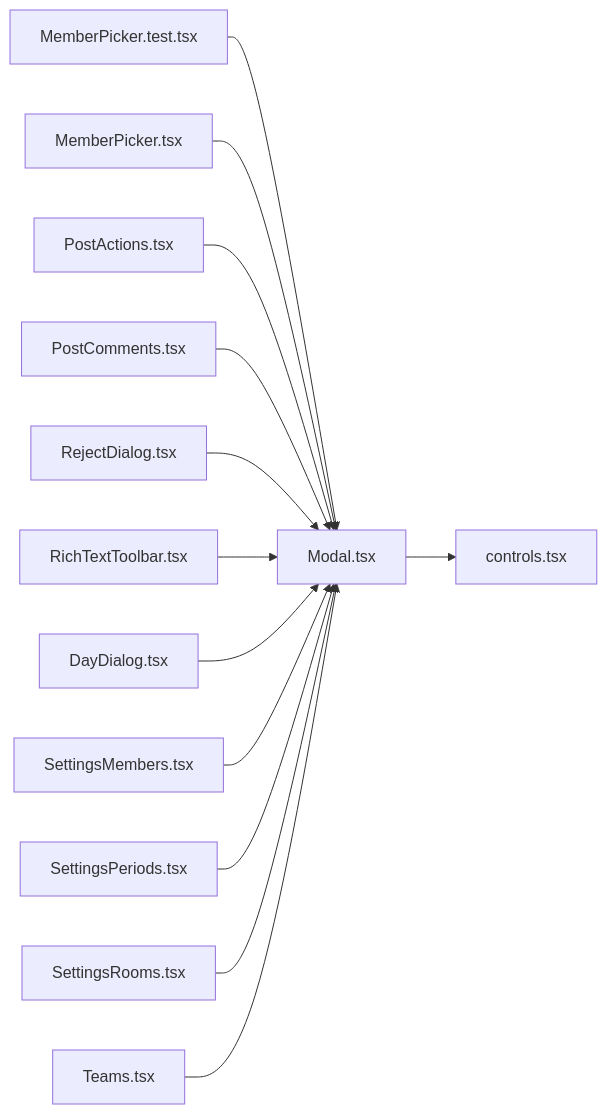
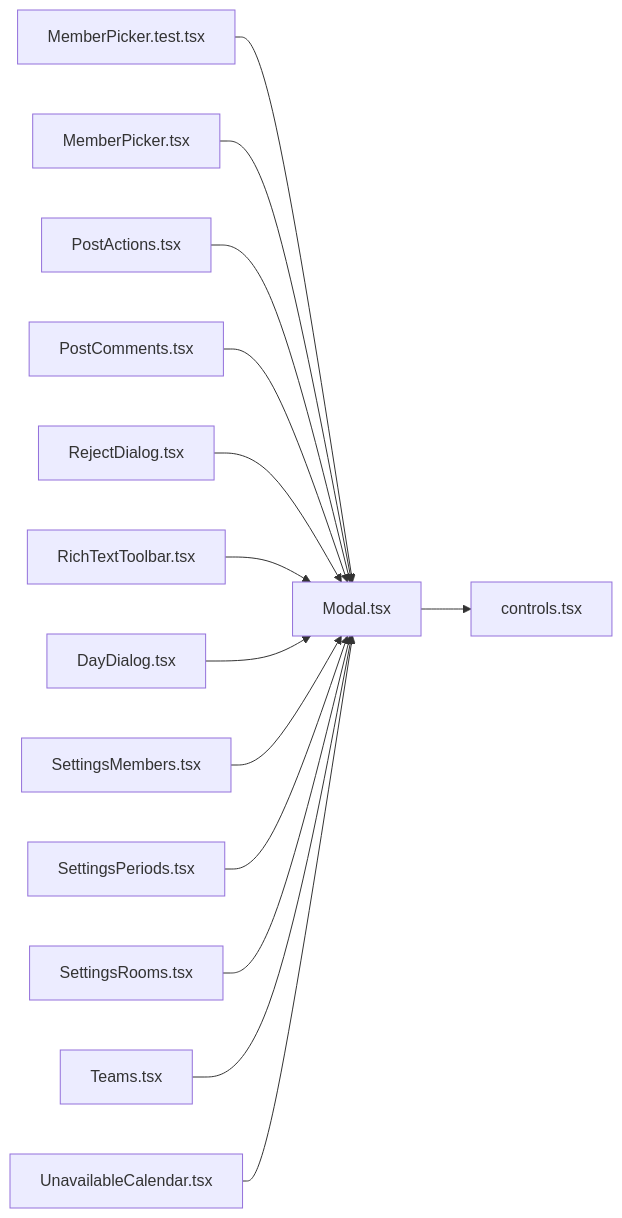
The diagram in .cluedoc/graph/frontend/src/components/Modal.md (minkong-dev/Banblit), drawn with Mermaid before and after one commit. The commit also changed other lines of this file and 45 other files, not shown here.

First line of the commit message:
frontend: show unavailable times as a member calendar and a team heatmap

````diff
--- a/.cluedoc/graph/frontend/src/components/Modal.md
+++ b/.cluedoc/graph/frontend/src/components/Modal.md
@@ -10,16 +10,17 @@
 ```mermaid
 flowchart LR
   frontend_src_components_Modal["Modal.tsx"]
   frontend_src_components_Modal --> frontend_src_components_controls["controls.tsx"]
   frontend_src_components_MemberPicker_test["MemberPicker.test.tsx"] --> frontend_src_components_Modal
   frontend_src_components_MemberPicker["MemberPicker.tsx"] --> frontend_src_components_Modal
   frontend_src_components_PostActions["PostActions.tsx"] --> frontend_src_components_Modal
   frontend_src_components_PostComments["PostComments.tsx"] --> frontend_src_components_Modal
   frontend_src_components_RejectDialog["RejectDialog.tsx"] --> frontend_src_components_Modal
   frontend_src_components_RichTextToolbar["RichTextToolbar.tsx"] --> frontend_src_components_Modal
   frontend_src_routes_DayDialog["DayDialog.tsx"] --> frontend_src_components_Modal
   frontend_src_routes_SettingsMembers["SettingsMembers.tsx"] --> frontend_src_components_Modal
   frontend_src_routes_SettingsPeriods["SettingsPeriods.tsx"] --> frontend_src_components_Modal
   frontend_src_routes_SettingsRooms["SettingsRooms.tsx"] --> frontend_src_components_Modal
   frontend_src_routes_Teams["Teams.tsx"] --> frontend_src_components_Modal
+  frontend_src_routes_UnavailableCalendar["UnavailableCalendar.tsx"] --> frontend_src_components_Modal
 ```
````
